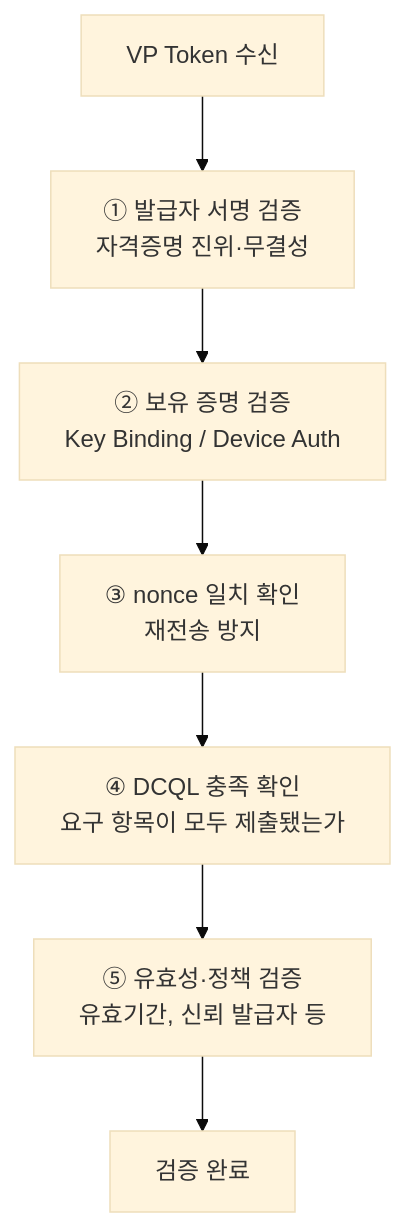
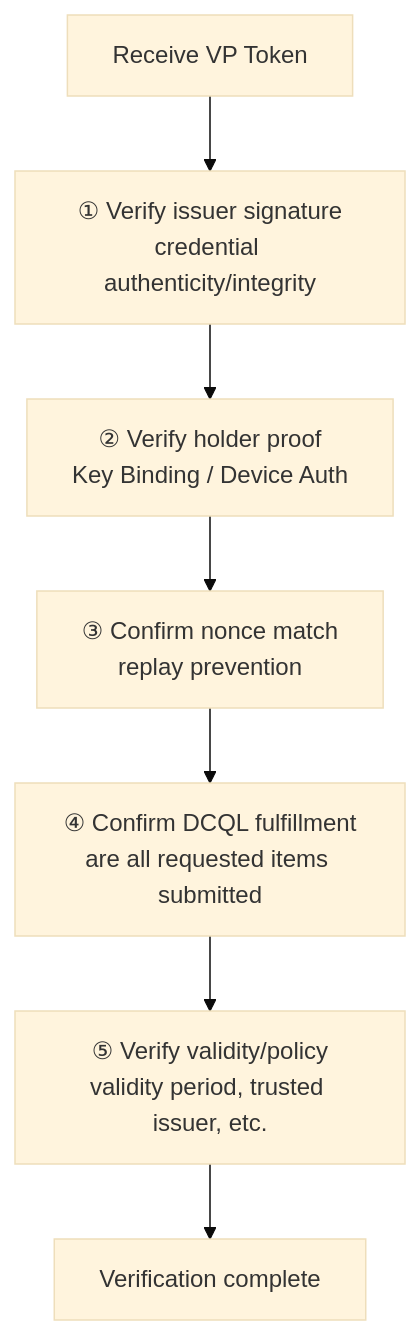
The second of 2 diagrams in docs/concepts/oid4vp/oid4vp_dcql_and_vptoken.md (OmniOneID/poc-oid4vc), drawn with Mermaid (base theme) before and after one commit. The commit also changed other lines of this file and 29 other files, not shown here.

````diff
--- a/docs/concepts/oid4vp/oid4vp_dcql_and_vptoken.md
+++ b/docs/concepts/oid4vp/oid4vp_dcql_and_vptoken.md
@@ -138,9 +138,9 @@
 ```mermaid
 flowchart TB
-    R[VP Token 수신] --> S1[① 발급자 서명 검증<br/>자격증명 진위·무결성]
-    S1 --> S2[② 보유 증명 검증<br/>Key Binding / Device Auth]
-    S2 --> S3[③ nonce 일치 확인<br/>재전송 방지]
-    S3 --> S4[④ DCQL 충족 확인<br/>요구 항목이 모두 제출됐는가]
-    S4 --> S5[⑤ 유효성·정책 검증<br/>유효기간, 신뢰 발급자 등]
-    S5 --> OK[검증 완료]
+    R[Receive VP Token] --> S1[① Verify issuer signature<br/>credential authenticity/integrity]
+    S1 --> S2[② Verify holder proof<br/>Key Binding / Device Auth]
+    S2 --> S3[③ Confirm nonce match<br/>replay prevention]
+    S3 --> S4[④ Confirm DCQL fulfillment<br/>are all requested items submitted]
+    S4 --> S5[⑤ Verify validity/policy<br/>validity period, trusted issuer, etc.]
+    S5 --> OK[Verification complete]
 ```
````
